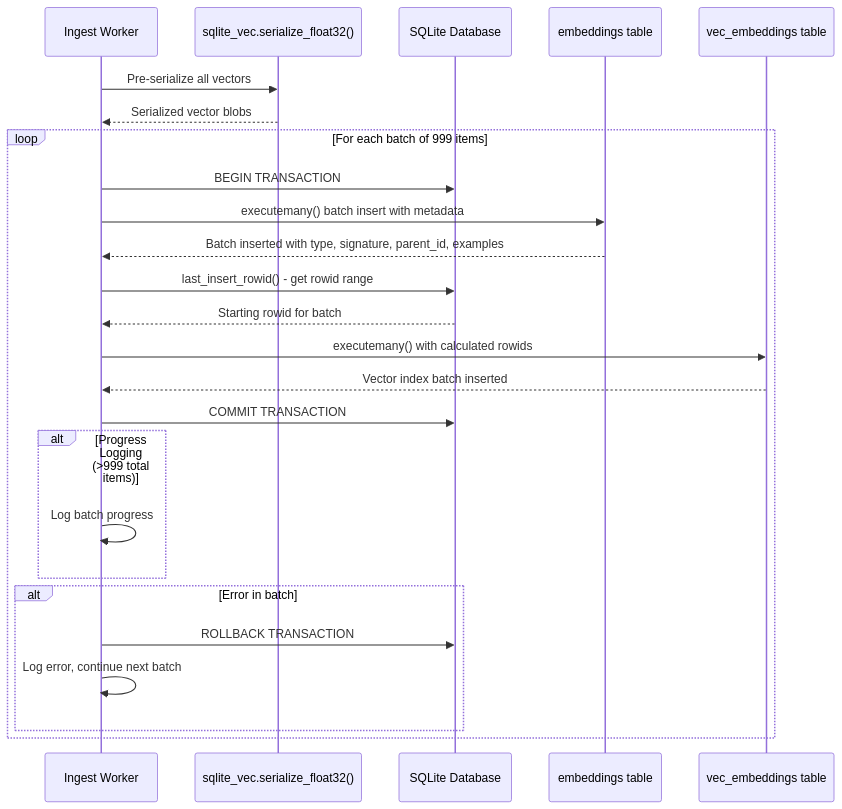
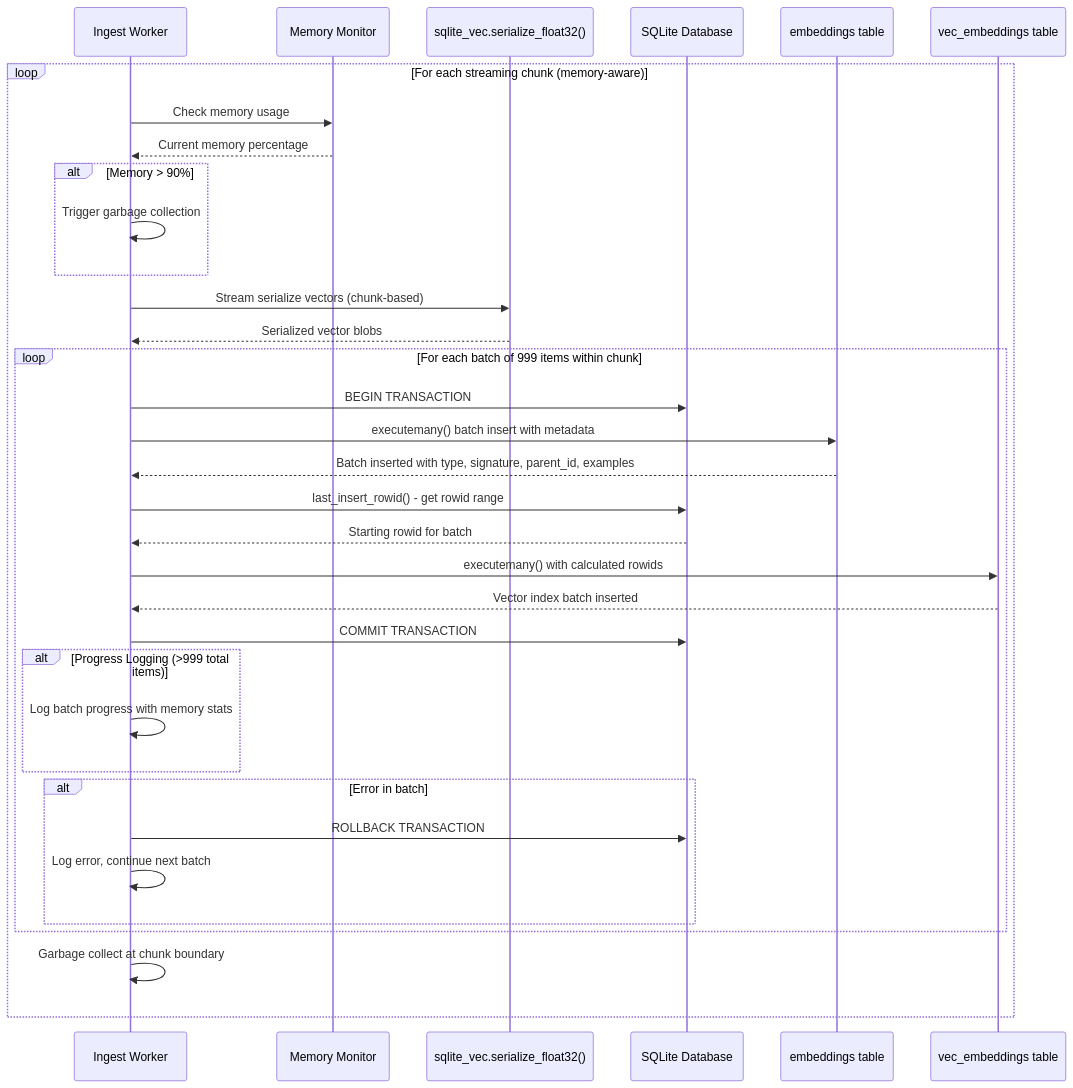
One commit to RimoVR/docsrs-mcp changed diagram 13 of 17 in Architecture.md. Above: the diagram before and after it, drawn with Mermaid. The commit also changed other lines of this file and 9 other files, not shown here.

First line of the commit message:
feat: Optimize indexing performance with streaming memory management

````diff
--- a/Architecture.md
+++ b/Architecture.md
@@ -855,31 +867,43 @@
 ```mermaid
 sequenceDiagram
     participant Worker as Ingest Worker
+    participant Monitor as Memory Monitor
     participant Serialize as sqlite_vec.serialize_float32()
     participant DB as SQLite Database
     participant Embeddings as embeddings table
     participant VecEmbed as vec_embeddings table
     
-    Worker->>Serialize: Pre-serialize all vectors
-    Serialize-->>Worker: Serialized vector blobs
-    
-    loop For each batch of 999 items
-        Worker->>DB: BEGIN TRANSACTION
-        Worker->>Embeddings: executemany() batch insert with metadata
-        Embeddings-->>Worker: Batch inserted with type, signature, parent_id, examples
-        Worker->>DB: last_insert_rowid() - get rowid range
-        DB-->>Worker: Starting rowid for batch
-        Worker->>VecEmbed: executemany() with calculated rowids
-        VecEmbed-->>Worker: Vector index batch inserted
-        Worker->>DB: COMMIT TRANSACTION
+    loop For each streaming chunk (memory-aware)
+        Worker->>Monitor: Check memory usage
+        Monitor-->>Worker: Current memory percentage
         
-        alt Progress Logging (>999 total items)
-            Worker->>Worker: Log batch progress
+        alt Memory > 90%
+            Worker->>Worker: Trigger garbage collection
         end
         
-        alt Error in batch
-            Worker->>DB: ROLLBACK TRANSACTION
-            Worker->>Worker: Log error, continue next batch
+        Worker->>Serialize: Stream serialize vectors (chunk-based)
+        Serialize-->>Worker: Serialized vector blobs
+        
+        loop For each batch of 999 items within chunk
+            Worker->>DB: BEGIN TRANSACTION
+            Worker->>Embeddings: executemany() batch insert with metadata
+            Embeddings-->>Worker: Batch inserted with type, signature, parent_id, examples
+            Worker->>DB: last_insert_rowid() - get rowid range
+            DB-->>Worker: Starting rowid for batch
+            Worker->>VecEmbed: executemany() with calculated rowids
+            VecEmbed-->>Worker: Vector index batch inserted
+            Worker->>DB: COMMIT TRANSACTION
+            
+            alt Progress Logging (>999 total items)
+                Worker->>Worker: Log batch progress with memory stats
+            end
+            
+            alt Error in batch
+                Worker->>DB: ROLLBACK TRANSACTION
+                Worker->>Worker: Log error, continue next batch
+            end
         end
+        
+        Worker->>Worker: Garbage collect at chunk boundary
     end
 ```
````
